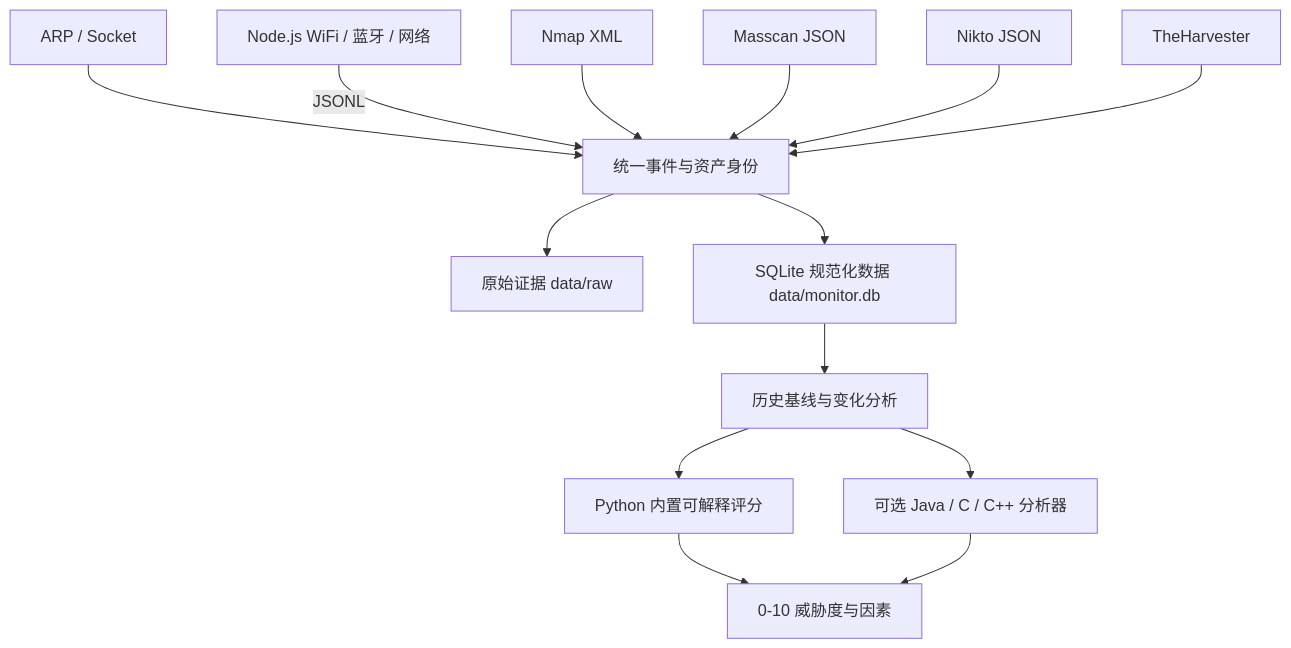
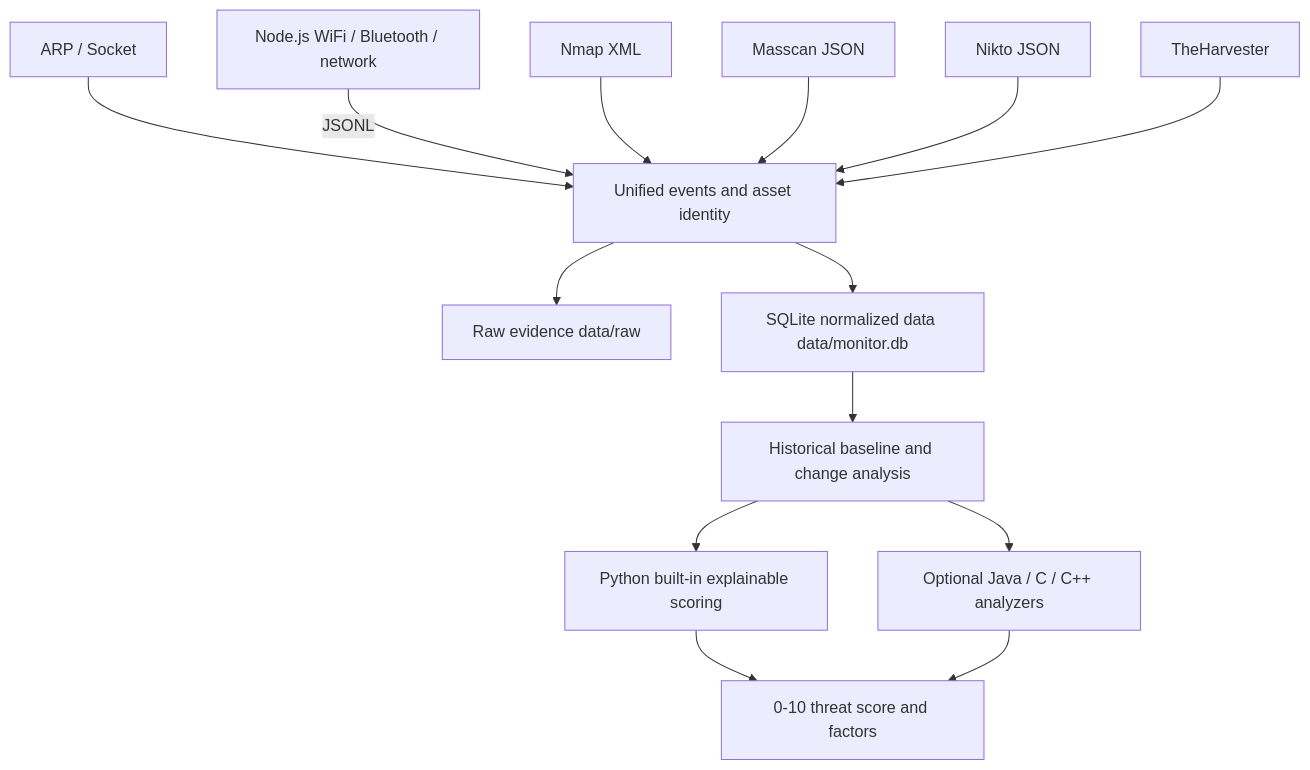
The diagram in README.md (Keng0nion/netrunner-security-monitor), drawn with Mermaid before and after one commit. The commit also changed other lines of this file, not shown here.

````diff
--- a/README.md
+++ b/README.md
@@ -26,16 +26,16 @@
 ```mermaid
 flowchart TD
-    A[ARP / Socket] --> I[统一事件与资产身份]
-    B[Node.js WiFi / 蓝牙 / 网络] -->|JSONL| I
+    A[ARP / Socket] --> I[Unified events and asset identity]
+    B[Node.js WiFi / Bluetooth / network] -->|JSONL| I
     C[Nmap XML] --> I
     D[Masscan JSON] --> I
     E[Nikto JSON] --> I
     F[TheHarvester] --> I
-    I --> R[原始证据 data/raw]
-    I --> S[SQLite 规范化数据 data/monitor.db]
-    S --> H[历史基线与变化分析]
-    H --> P[Python 内置可解释评分]
-    H --> X[可选 Java / C / C++ 分析器]
-    P --> O[0-10 威胁度与因素]
+    I --> R[Raw evidence data/raw]
+    I --> S[SQLite normalized data data/monitor.db]
+    S --> H[Historical baseline and change analysis]
+    H --> P[Python built-in explainable scoring]
+    H --> X[Optional Java / C / C++ analyzers]
+    P --> O[0-10 threat score and factors]
     X --> O
 ```
````
